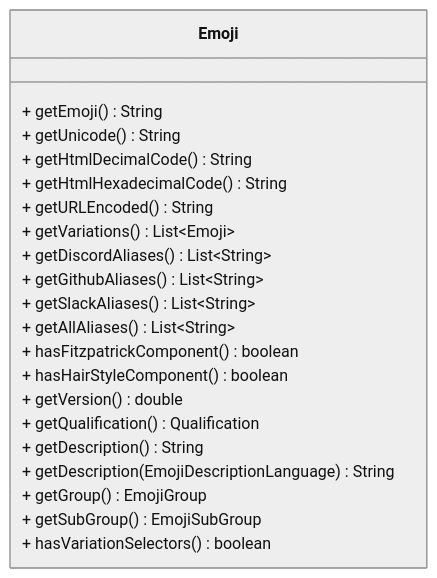
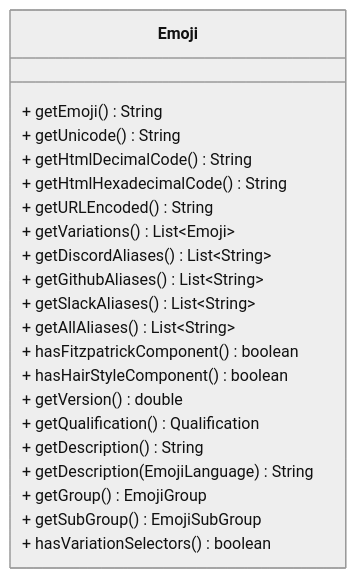
Before and after one commit to felldo/JEmoji: the diagram in README.md, drawn with Mermaid (neutral theme). The commit also changed 5 other files, not shown here.

````diff
--- a/README.md
+++ b/README.md
@@ -153,25 +153,25 @@
 ```mermaid
 classDiagram
 direction BT
 class Emoji {
 + getEmoji() String
 + getUnicode() String
 + getHtmlDecimalCode() String
 + getHtmlHexadecimalCode() String
 + getURLEncoded() String
 + getVariations() List~Emoji~
 + getDiscordAliases() List~String~
 + getGithubAliases() List~String~
 + getSlackAliases() List~String~
 + getAllAliases() List~String~
 + hasFitzpatrickComponent() boolean
 + hasHairStyleComponent() boolean
 + getVersion() double
 + getQualification() Qualification
 + getDescription() String
-+ getDescription(EmojiDescriptionLanguage) String
++ getDescription(EmojiLanguage) String
 + getGroup() EmojiGroup
 + getSubGroup() EmojiSubGroup
 + hasVariationSelectors() boolean
 }
 ```
````
